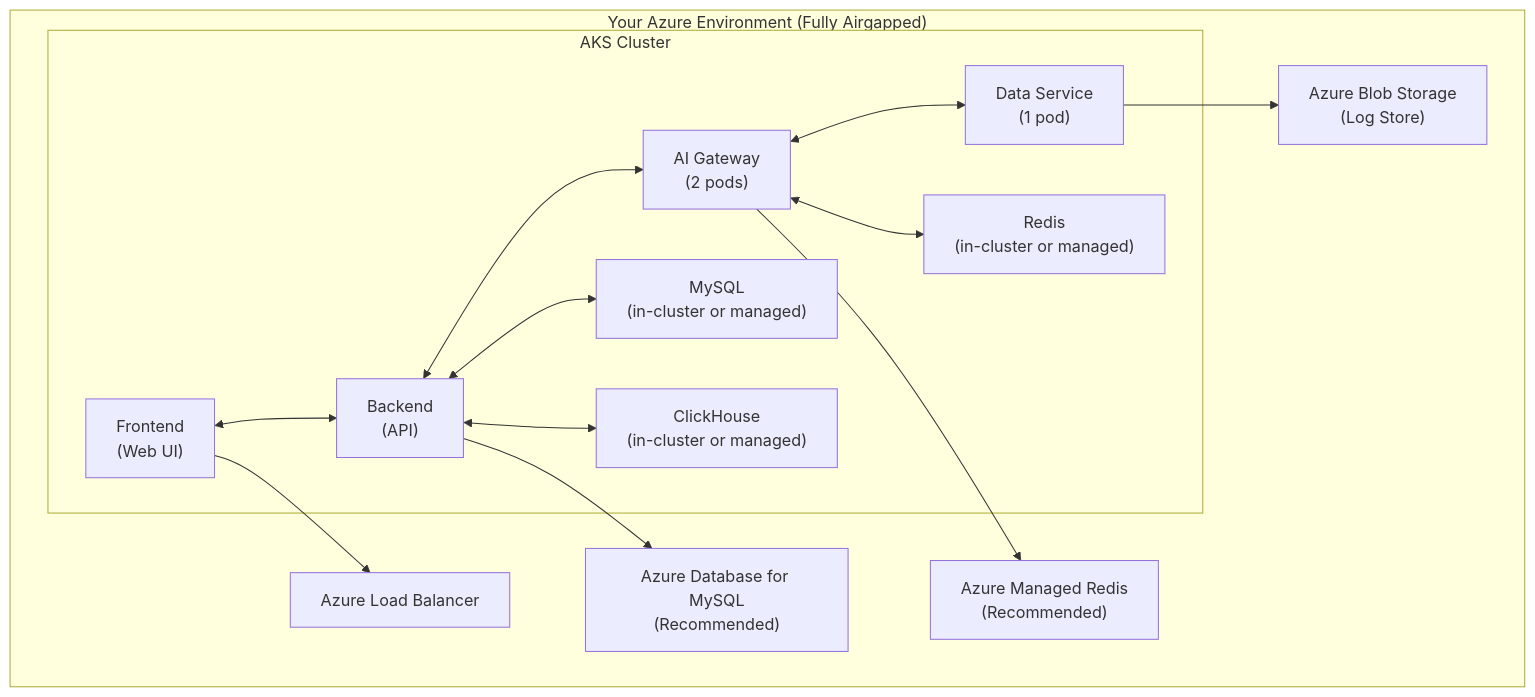
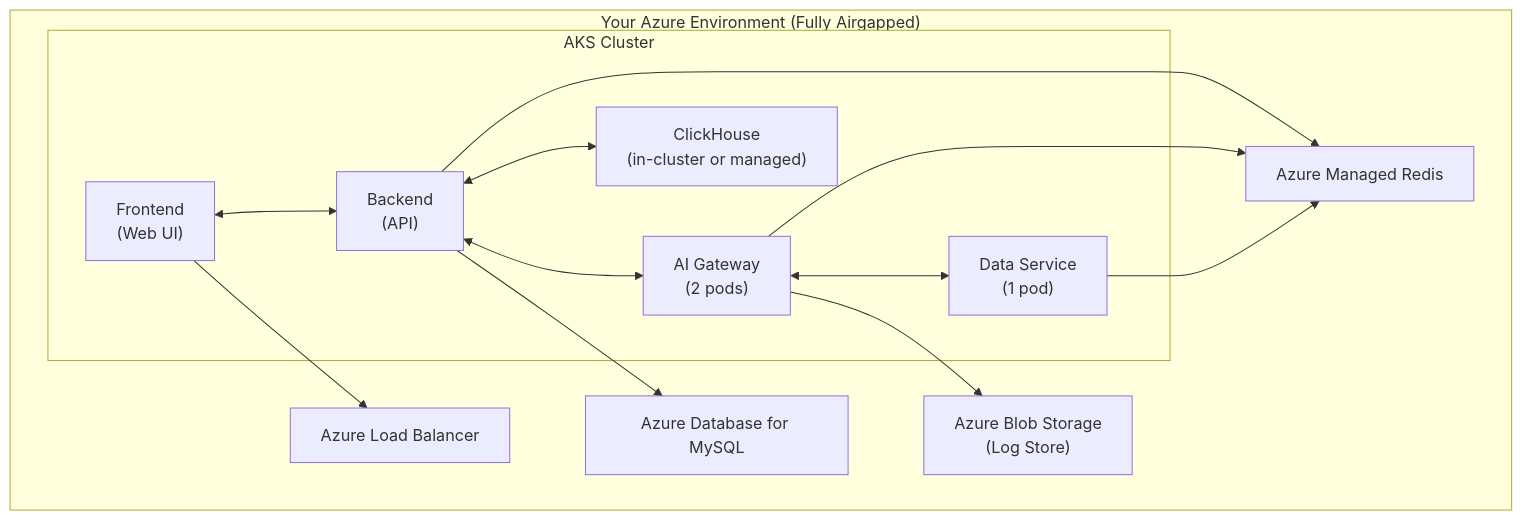
Before and after one commit to Portkey-AI/docs-core: the second of 2 diagrams in enterprise/azure-deployment.mdx, drawn with Mermaid. The commit also changed other lines of this file and 1 other file, not shown here.

````diff
--- a/enterprise/azure-deployment.mdx
+++ b/enterprise/azure-deployment.mdx
@@ -87,32 +80,30 @@
 ```mermaid
 flowchart TB
     subgraph Azure["Your Azure Environment (Fully Airgapped)"]
         subgraph AKS["AKS Cluster"]
             Frontend["Frontend<br/>(Web UI)"]
             Backend["Backend<br/>(API)"]
             Gateway["AI Gateway<br/>(2 pods)"]
             DataSvc["Data Service<br/>(1 pod)"]
             
-            RedisInt["Redis<br/>(in-cluster or managed)"]
-            MySQLInt["MySQL<br/>(in-cluster or managed)"]
             ClickHouse["ClickHouse<br/>(in-cluster or managed)"]
             
             Frontend <--> Backend
             Backend <--> Gateway
             Gateway <--> DataSvc
-            Backend <--> MySQLInt
             Backend <--> ClickHouse
-            Gateway <--> RedisInt
         end
         
         LB["Azure Load Balancer"]
         Blob["Azure Blob Storage<br/>(Log Store)"]
-        RedisExt["Azure Managed Redis<br/>(Recommended)"]
-        MySQLExt["Azure Database for MySQL<br/>(Recommended)"]
+        RedisExt["Azure Managed Redis"]
+        MySQLExt["Azure Database for MySQL"]
         
         Frontend --> LB
-        DataSvc --> Blob
+        Gateway --> Blob
+        Backend --> RedisExt
         Gateway --> RedisExt
+        DataSvc --> RedisExt
         Backend --> MySQLExt
     end
 ```
````
